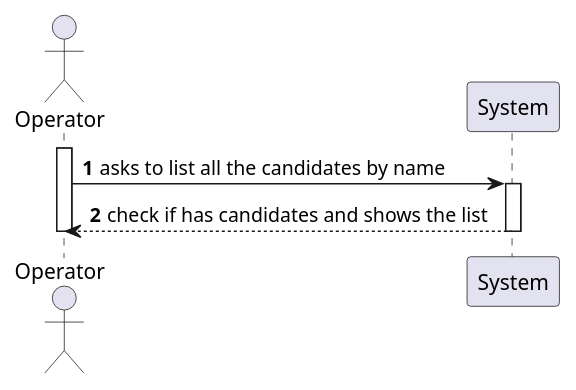
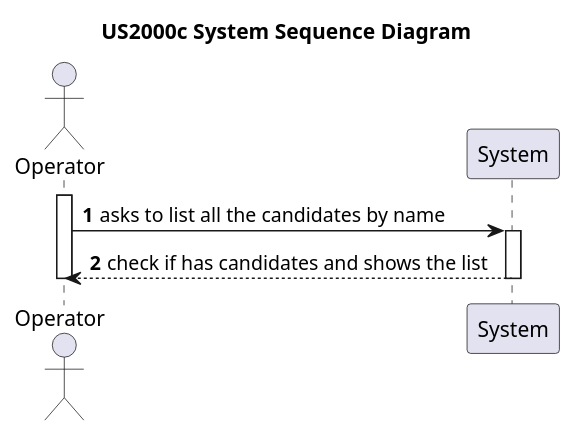
The diagram in docs/sb_us_2000c/US2000c_SSD/ssd-us-2000c.puml (rita-barbosa/LAPR4-2324), drawn with PlantUML before and after one commit. The commit also changed 8 other files, not shown here.

```diff
--- a/docs/sb_us_2000c/US2000c_SSD/ssd-us-2000c.puml
+++ b/docs/sb_us_2000c/US2000c_SSD/ssd-us-2000c.puml
@@ -1,16 +1,17 @@
 @startuml US1005_SSD
 autonumber
+title US2000c System Sequence Diagram
 
 actor "Operator" as USER
 participant "System" as SYS
 
 activate USER
 
 USER -> SYS : asks to list all the candidates by name
 activate SYS
 SYS --> USER : check if has candidates and shows the list
 deactivate SYS
 
 deactivate USER
 
 @enduml
```
